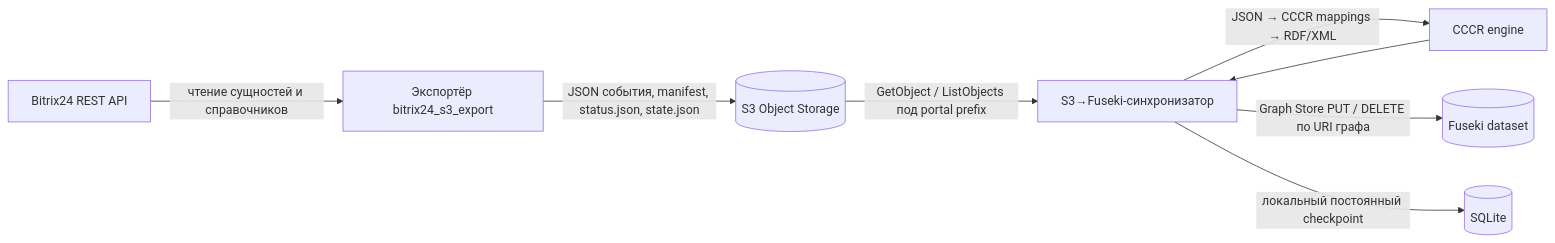
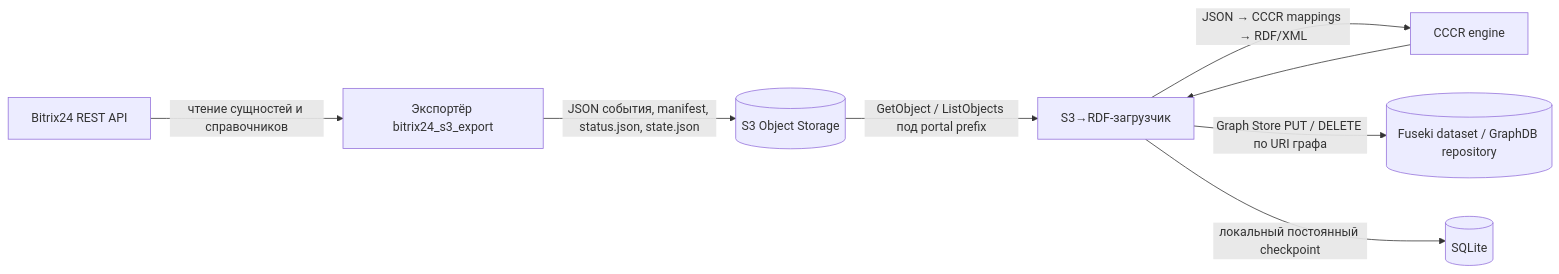
The first of 4 diagrams in docs/S3_TO_FUSEKI_LOADING.md (Antonmish822/Semantic_BI), drawn with Mermaid before and after one commit. The commit also changed other lines of this file and 56 other files, not shown here.

````diff
--- a/docs/S3_TO_FUSEKI_LOADING.md
+++ b/docs/S3_TO_FUSEKI_LOADING.md
@@ -9,10 +9,10 @@
 ```mermaid
 flowchart LR
     B[Bitrix24 REST API] -->|чтение сущностей и справочников| E[Экспортёр bitrix24_s3_export]
     E -->|JSON события, manifest, status.json, state.json| S[(S3 Object Storage)]
-    S -->|GetObject / ListObjects под portal prefix| L[S3→Fuseki-синхронизатор]
+    S -->|GetObject / ListObjects под portal prefix| L[S3→RDF-загрузчик]
     L -->|JSON → CCCR mappings → RDF/XML| C[CCCR engine]
     C --> L
-    L -->|Graph Store PUT / DELETE по URI графа| F[(Fuseki dataset)]
+    L -->|Graph Store PUT / DELETE по URI графа| F[(Fuseki dataset / GraphDB repository)]
     L -->|локальный постоянный checkpoint| Q[(SQLite)]
 ```
````
